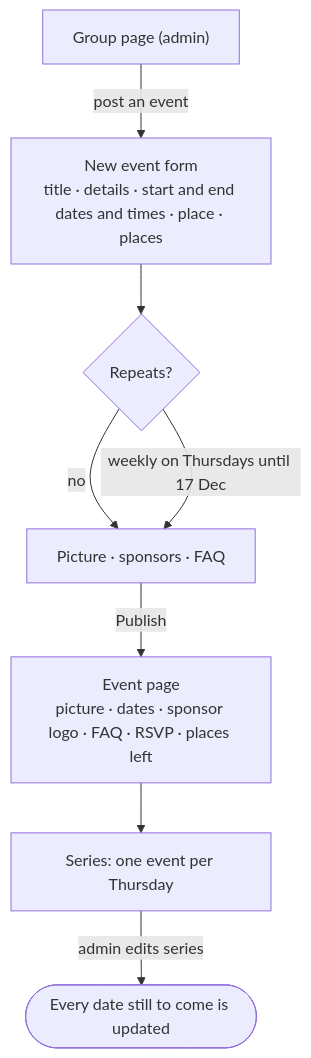
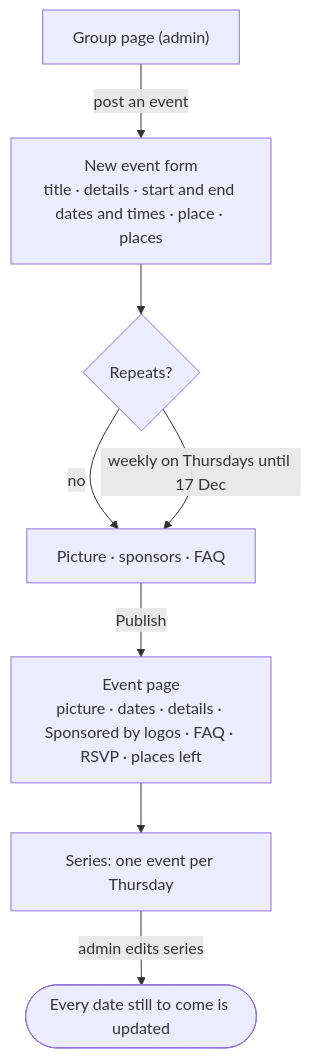
One commit to sarahrittertech-commits/outdoorscommunityapp changed the tenth of 24 diagrams in docs/user-flows.md. Above: the diagram before and after it, drawn with Mermaid. The commit also changed other lines of this file and 8 other files, not shown here.

````diff
--- a/docs/user-flows.md
+++ b/docs/user-flows.md
@@ -139,10 +139,10 @@
 ```mermaid
 flowchart TD
   group["Group page (admin)"] -->|post an event| form["New event form<br/>title · details · start and end dates and times · place · places"]
   form --> repeat{Repeats?}
   repeat -->|no| extras
   repeat -->|weekly on Thursdays until 17 Dec| extras["Picture · sponsors · FAQ"]
-  extras -->|Publish| page["Event page<br/>picture · dates · sponsor logo · FAQ · RSVP · places left"]
+  extras -->|Publish| page["Event page<br/>picture · dates · details · Sponsored by logos · FAQ · RSVP · places left"]
   page --> series["Series: one event per Thursday"]
   series -->|admin edits series| edited(["Every date still to come is updated"])
 ```
````
